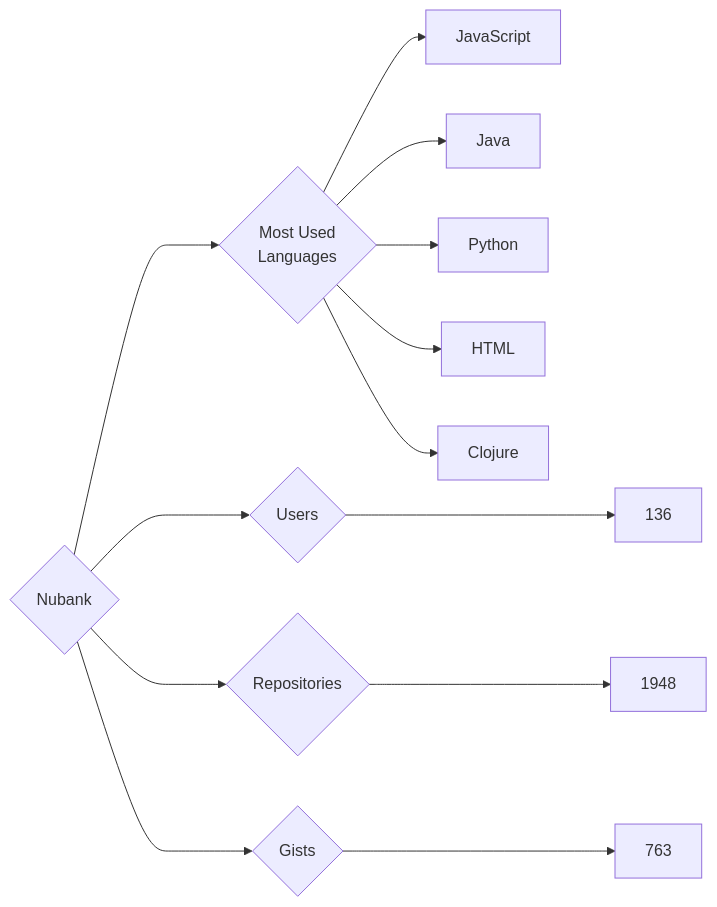
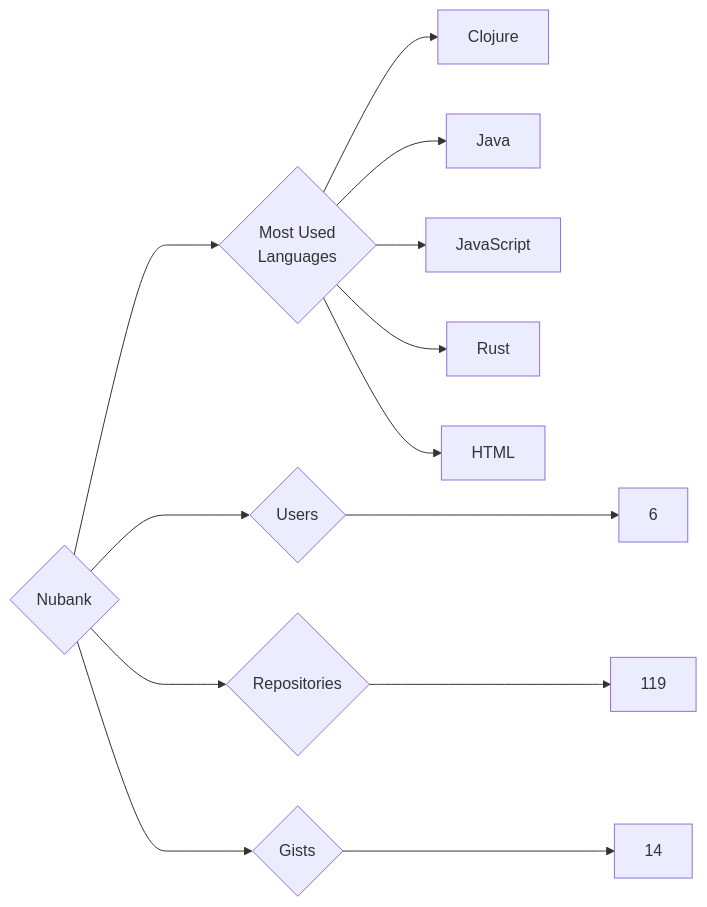
The diagram in targets/Nubank/README.md (trickest/insiders), drawn with Mermaid before and after one commit. The commit also changed 582 other files, not shown here.

````diff
--- a/targets/Nubank/README.md
+++ b/targets/Nubank/README.md
@@ -3,13 +3,13 @@
 ```mermaid
 graph LR
 COMPANY_NAME{Nubank}
-COMPANY_NAME ---> U{Users} ---> UN[136]
-COMPANY_NAME ---> R{Repositories} ---> RN[1948]
-COMPANY_NAME ---> G{Gists} ---> GN[763]
+COMPANY_NAME ---> U{Users} ---> UN[6]
+COMPANY_NAME ---> R{Repositories} ---> RN[119]
+COMPANY_NAME ---> G{Gists} ---> GN[14]
 COMPANY_NAME ---> ML{Most Used<br>Languages}
+ML --> Clojure[Clojure]
+ML --> Java[Java]
 ML --> JavaScript[JavaScript]
-ML --> Java[Java]
-ML --> Python[Python]
+ML --> Rust[Rust]
 ML --> HTML[HTML]
-ML --> Clojure[Clojure]
 ```
````
